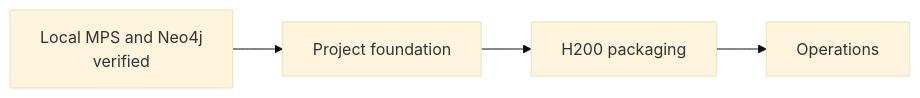
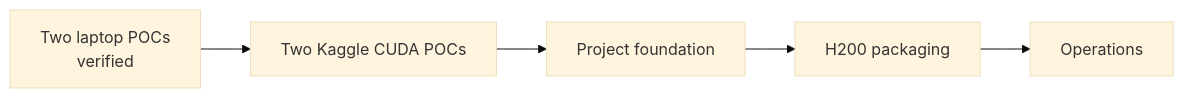
The diagram in docs/05-plan/phases.md (gh-andirdju/ml), drawn with Mermaid (base theme) before and after one commit. The commit also changed other lines of this file and 27 other files, not shown here.

Commit message:
Add Kaggle CUDA artifact proofs

````diff
--- a/docs/05-plan/phases.md
+++ b/docs/05-plan/phases.md
@@ -6,6 +6,7 @@
 ```mermaid
 flowchart LR
-    local[Local MPS and Neo4j<br/>verified] --> foundation[Project foundation]
+    local[Two laptop POCs<br/>verified] --> kaggle[Two Kaggle CUDA POCs]
+    kaggle --> foundation[Project foundation]
     foundation --> cluster[H200 packaging]
     cluster --> operations[Operations]
 ```
````
